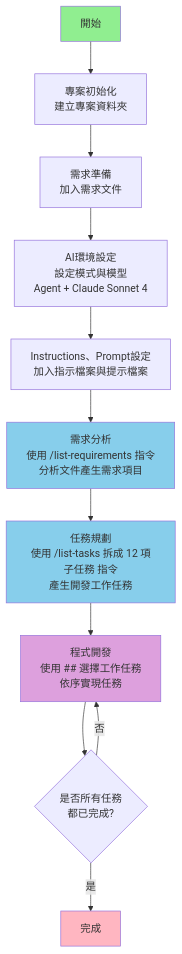
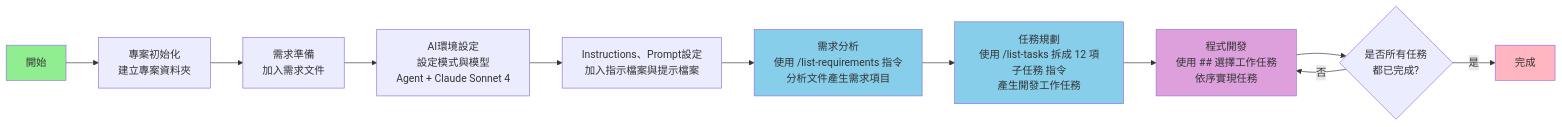
The diagram in README.md (lastingyeh/github-copilot-doc), drawn with Mermaid before and after one commit.

Commit message:
docs: update flowchart direction in LAB workflow section of README

````diff
--- a/README.md
+++ b/README.md
@@ -11,19 +11,19 @@
 ```mermaid
-flowchart TD
+flowchart LR
     A[開始] --> B[專案初始化<br/>建立專案資料夾]
     B --> C[需求準備<br/>加入需求文件]
     C --> D[AI環境設定<br/>設定模式與模型<br/>Agent + Claude Sonnet 4]
     D --> E[Instructions、Prompt設定<br/>加入指示檔案與提示檔案]
     E --> F[需求分析<br/>使用 /list-requirements 指令<br/>分析文件產生需求項目]
     F --> G[任務規劃<br/>使用 /list-tasks 拆成 12 項子任務 指令<br/>產生開發工作任務]
     G --> H[程式開發<br/>使用 ## 選擇工作任務<br/>依序實現任務]
     H --> I{是否所有任務<br/>都已完成?}
     I -->|否| H
     I -->|是| J[完成]
 
     style A fill:#90EE90
     style J fill:#FFB6C1
     style F fill:#87CEEB
     style G fill:#87CEEB
     style H fill:#DDA0DD
 ```
````
